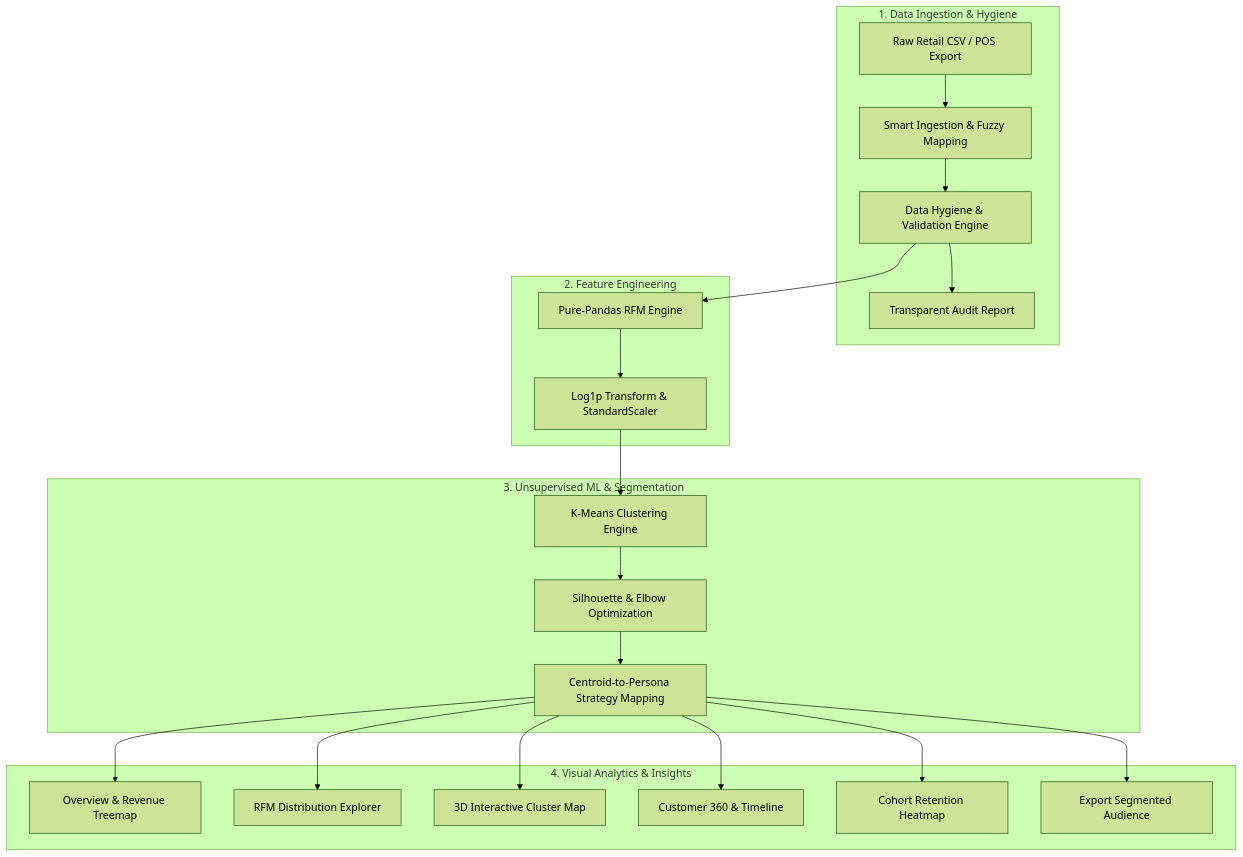
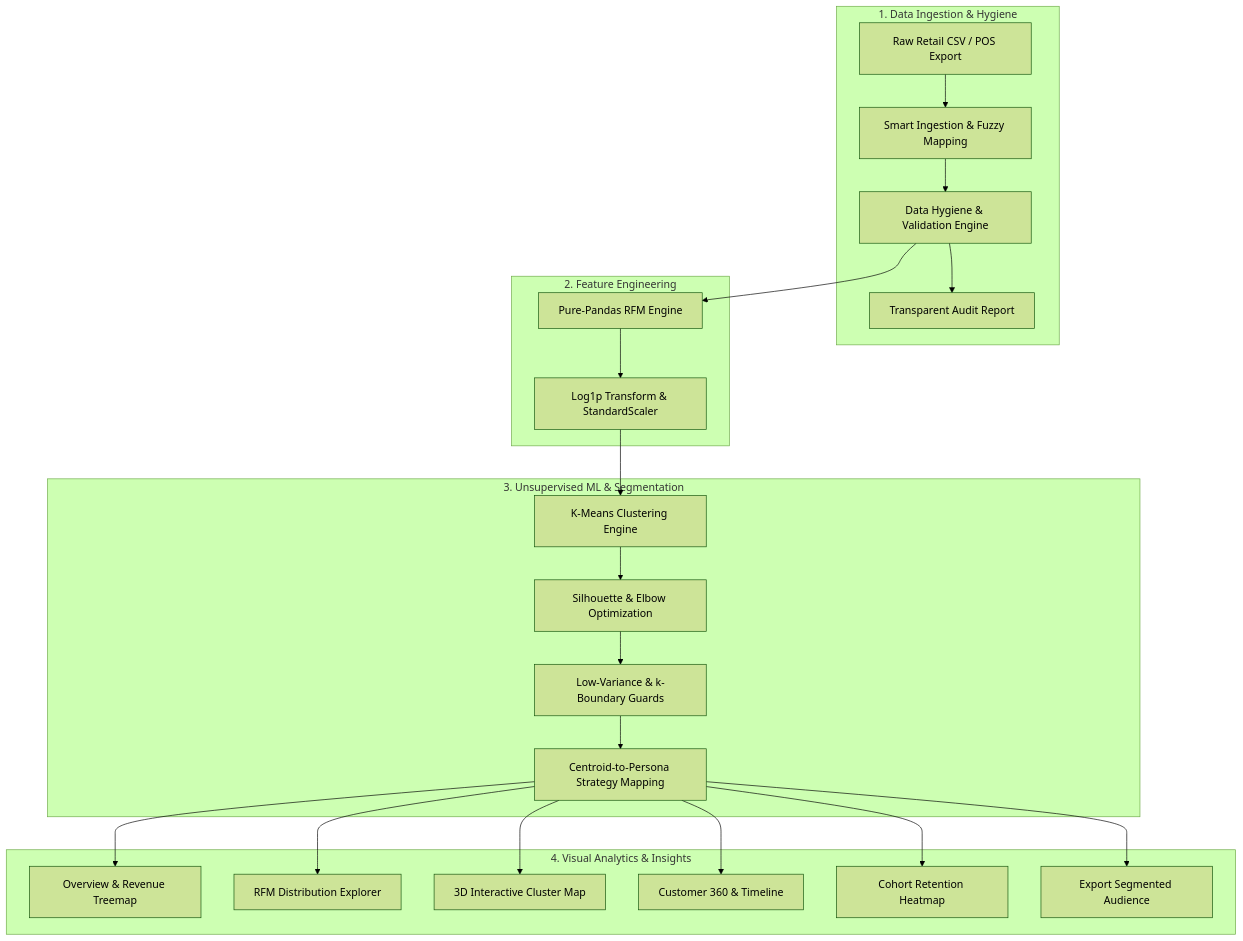
The diagram in README.md (Khare69/RFM-Cluster360), drawn with Mermaid (forest theme) before and after one commit. The commit also changed other lines of this file, not shown here.

Commit message:
docs: update README.md with Phase 0-4 features, test suite coverage, and roadmap

````diff
--- a/README.md
+++ b/README.md
@@ -59,28 +71,29 @@
 ```mermaid
 flowchart TD
     subgraph Ingestion ["1. Data Ingestion & Hygiene"]
         CSV[Raw Retail CSV / POS Export] --> Ingest[Smart Ingestion & Fuzzy Mapping]
         Ingest --> Clean[Data Hygiene & Validation Engine]
         Clean --> Audit[Transparent Audit Report]
     end
 
     subgraph RFM ["2. Feature Engineering"]
         Clean --> RFMCalc[Pure-Pandas RFM Engine]
         RFMCalc --> Transform[Log1p Transform & StandardScaler]
     end
 
     subgraph ML ["3. Unsupervised ML & Segmentation"]
         Transform --> KMeans[K-Means Clustering Engine]
         KMeans --> Opt[Silhouette & Elbow Optimization]
-        Opt --> Persona[Centroid-to-Persona Strategy Mapping]
+        Opt --> Guard[Low-Variance & k-Boundary Guards]
+        Guard --> Persona[Centroid-to-Persona Strategy Mapping]
     end
 
     subgraph Presentation ["4. Visual Analytics & Insights"]
         Persona --> Overview[Overview & Revenue Treemap]
         Persona --> Explorer[RFM Distribution Explorer]
         Persona --> Cluster3D[3D Interactive Cluster Map]
         Persona --> Search[Customer 360 & Timeline]
         Persona --> Cohort[Cohort Retention Heatmap]
         Persona --> Export[Export Segmented Audience]
     end
 ```
````
